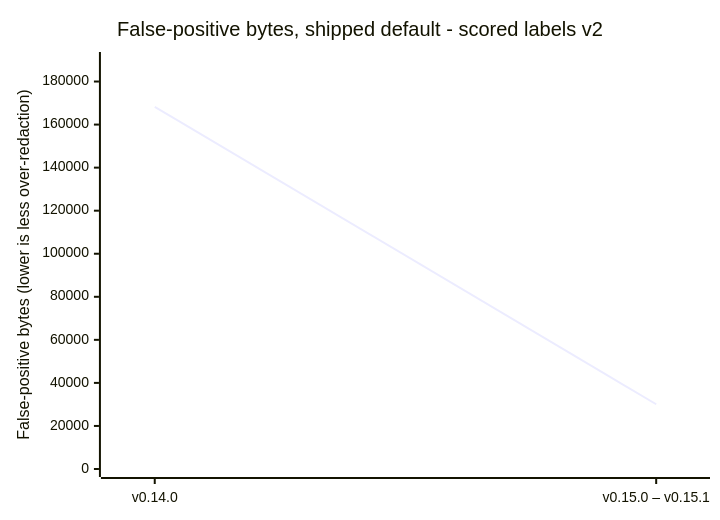
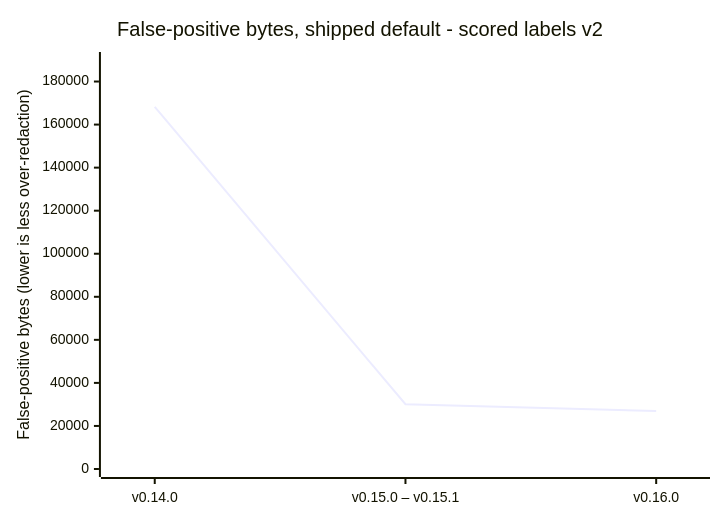
The sixth of 9 diagrams in docs/reference/benchmarks/README.md (CertaMesh/gaze), drawn with Mermaid before and after one commit. The commit also changed other lines of this file and 7 other files, not shown here.

````diff
--- a/docs/reference/benchmarks/README.md
+++ b/docs/reference/benchmarks/README.md
@@ -504,7 +504,7 @@
 ```mermaid
 xychart-beta
     title "False-positive bytes, shipped default - scored labels v2"
-    x-axis ["v0.14.0", "v0.15.0 – v0.15.1"]
+    x-axis ["v0.14.0", "v0.15.0 – v0.15.1", "v0.16.0"]
     y-axis "False-positive bytes (lower is less over-redaction)" 0 --> 190000
-    line [168259, 30073]
+    line [168259, 30073, 26902]
 ```
````
